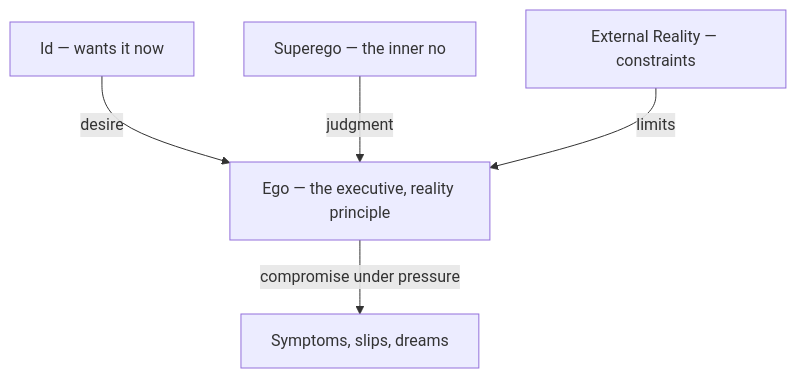
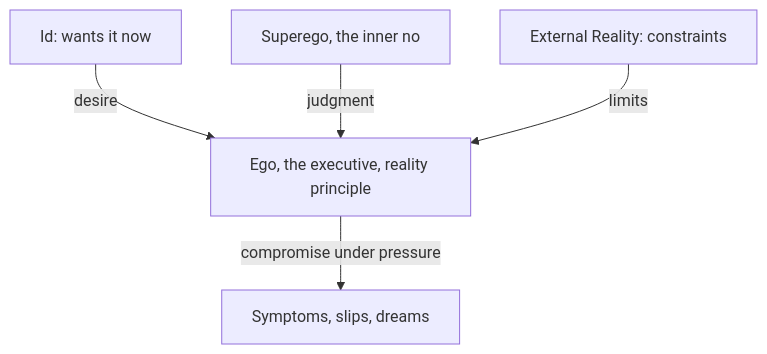
Before and after one commit to kennethreitz/kennethreitz.org: the diagram in scripts/knowledge_overrides/Psychology/Freudian/The Id, Ego, and Superego.md, drawn with Mermaid. The commit also changed other lines of this file and 56 other files, not shown here.

````diff
--- a/scripts/knowledge_overrides/Psychology/Freudian/The Id, Ego, and Superego.md
+++ b/scripts/knowledge_overrides/Psychology/Freudian/The Id, Ego, and Superego.md
@@ -25,7 +25,7 @@
 ```mermaid
 flowchart TD
-    Id["Id — wants it now"] -->|"desire"| Ego["Ego — the executive, reality principle"]
-    Su["Superego — the inner no"] -->|"judgment"| Ego
-    R["External Reality — constraints"] -->|"limits"| Ego
+    Id["Id: wants it now"] -->|"desire"| Ego["Ego, the executive, reality principle"]
+    Su["Superego, the inner no"] -->|"judgment"| Ego
+    R["External Reality: constraints"] -->|"limits"| Ego
     Ego -->|"compromise under pressure"| Out["Symptoms, slips, dreams"]
 ```
````
